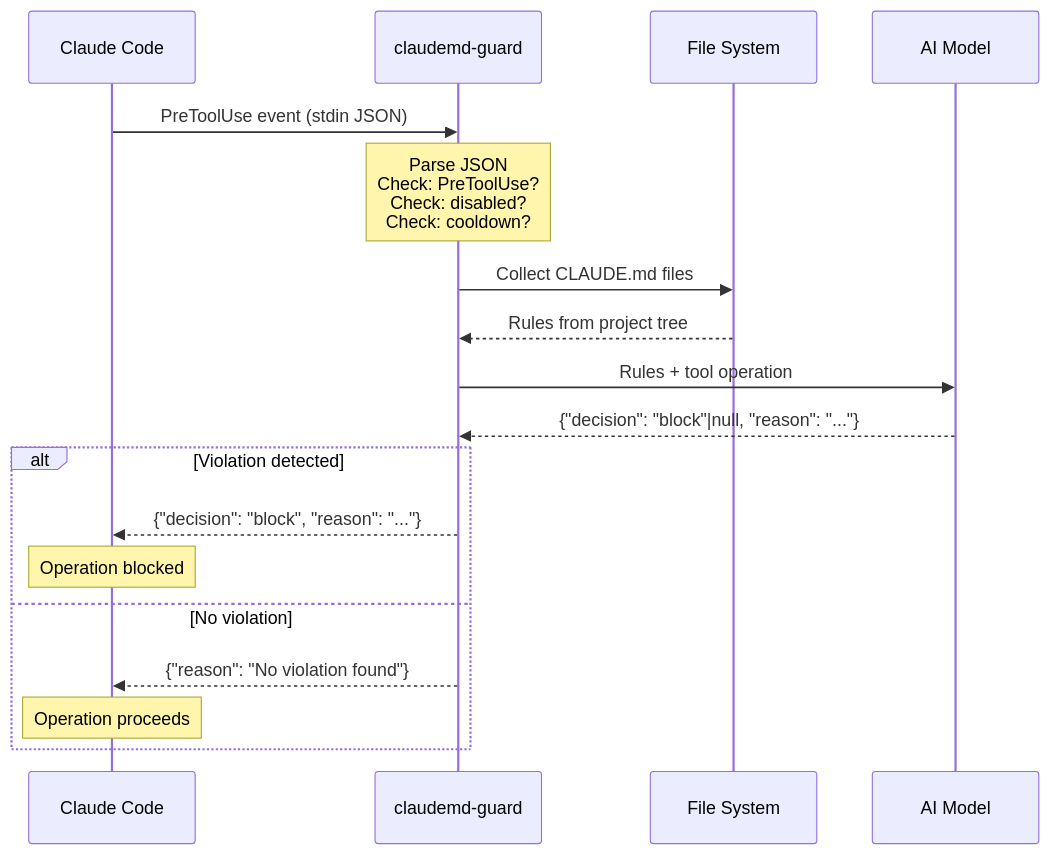
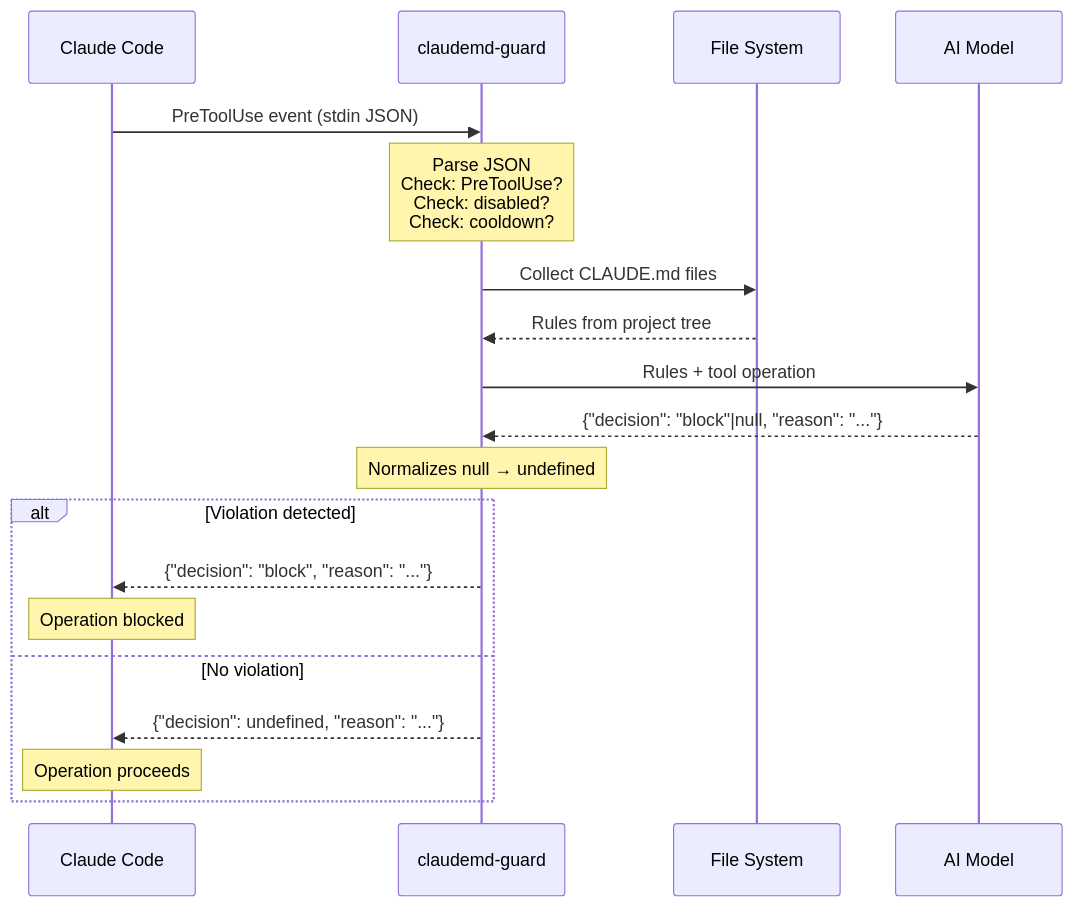
One commit to Hiro-Chiba/claudemd-guard changed the first of 5 diagrams in docs/architecture.md. Above: the diagram before and after it, drawn with Mermaid. The commit also changed other lines of this file and 1 other file, not shown here.

Commit message:
docs: fix decision type from null to undefined in architecture diagrams
validator.ts normalizes the AI model's null response to undefined
before returning to Claude Code. Update sequence diagrams and
flowcharts to reflect the actual ValidationResult type.

````diff
--- a/docs/architecture.md
+++ b/docs/architecture.md
@@ -10,24 +10,25 @@
 ```mermaid
 sequenceDiagram
     participant CC as Claude Code
     participant Hook as claudemd-guard
     participant FS as File System
     participant AI as AI Model
 
     CC->>Hook: PreToolUse event (stdin JSON)
     Note over Hook: Parse JSON<br/>Check: PreToolUse?<br/>Check: disabled?<br/>Check: cooldown?
 
     Hook->>FS: Collect CLAUDE.md files
     FS-->>Hook: Rules from project tree
 
     Hook->>AI: Rules + tool operation
     AI-->>Hook: {"decision": "block"|null, "reason": "..."}
+    Note over Hook: Normalizes null → undefined
 
     alt Violation detected
         Hook-->>CC: {"decision": "block", "reason": "..."}
         Note over CC: Operation blocked
     else No violation
-        Hook-->>CC: {"reason": "No violation found"}
+        Hook-->>CC: {"decision": undefined, "reason": "..."}
         Note over CC: Operation proceeds
     end
 ```
````
